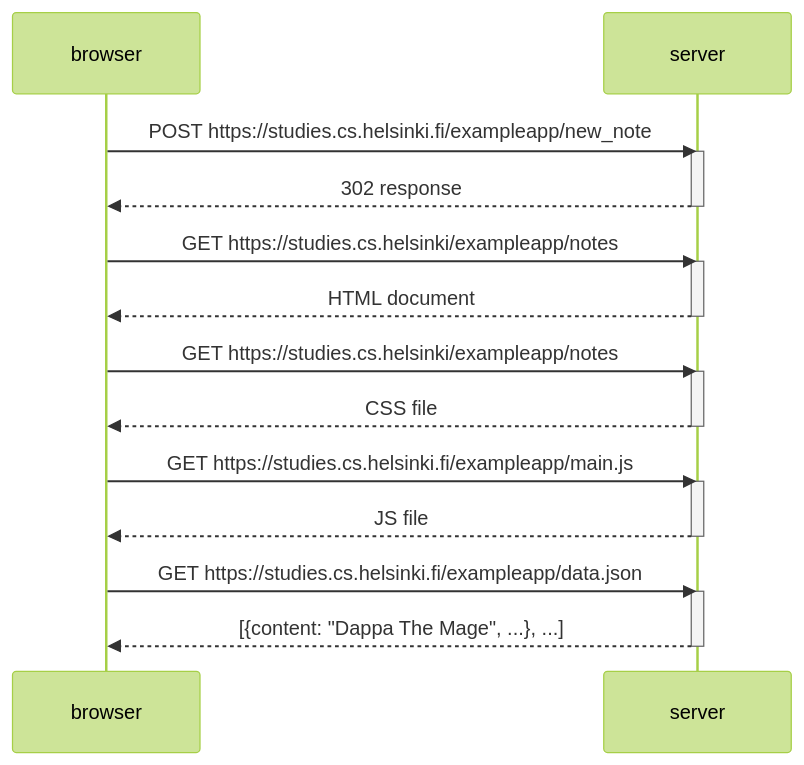
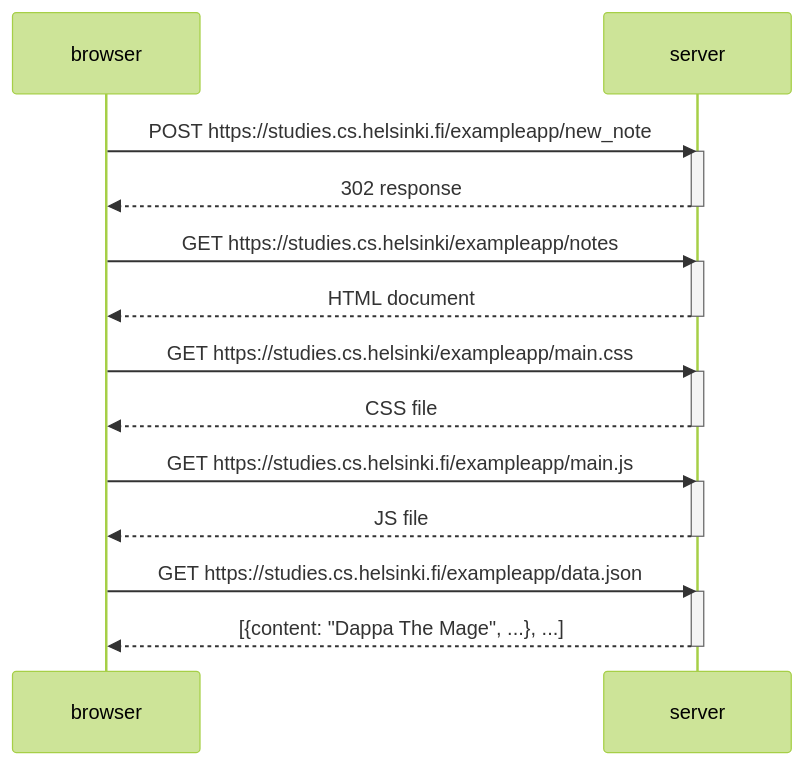
Before and after one commit to chmcgahan/fso: the diagram in part0/04_new_note_diagram.md, drawn with Mermaid (forest theme).

````diff
--- a/part0/04_new_note_diagram.md
+++ b/part0/04_new_note_diagram.md
@@ -1,30 +1,30 @@
 ```mermaid
 sequenceDiagram
 	participant browser
 	participant server
 
 	browser->>server: POST https://studies.cs.helsinki.fi/exampleapp/new_note
 	activate server
 	server-->>browser: 302 response
 	deactivate server
 
 	browser->>server: GET https://studies.cs.helsinki/exampleapp/notes
 	activate server
 	server-->>browser: HTML document
 	deactivate server
 
-	browser->>server: GET https://studies.cs.helsinki/exampleapp/notes
+	browser->>server: GET https://studies.cs.helsinki/exampleapp/main.css
 	activate server
 	server-->>browser: CSS file
 	deactivate server
 
 	browser->>server: GET https://studies.cs.helsinki.fi/exampleapp/main.js
 	activate server
 	server-->>browser: JS file
 	deactivate server
 
 	browser->>server: GET https://studies.cs.helsinki.fi/exampleapp/data.json
 	activate server
 	server-->>browser: [{content: "Dappa The Mage", ...}, ...]
 	deactivate server
 ```
````
